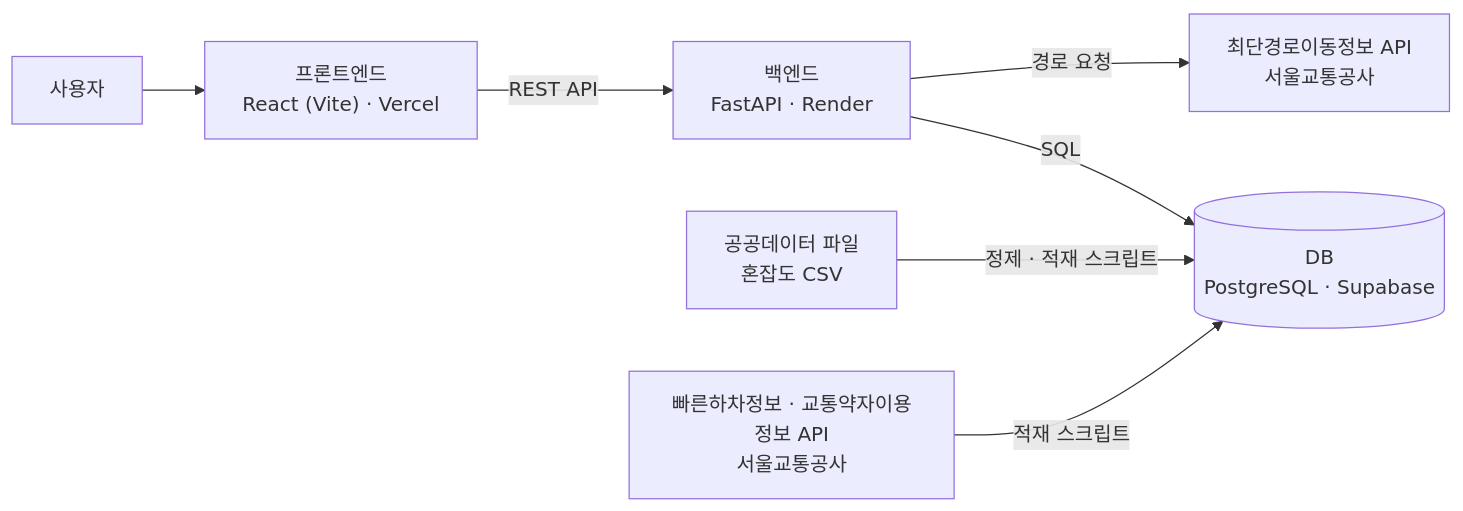
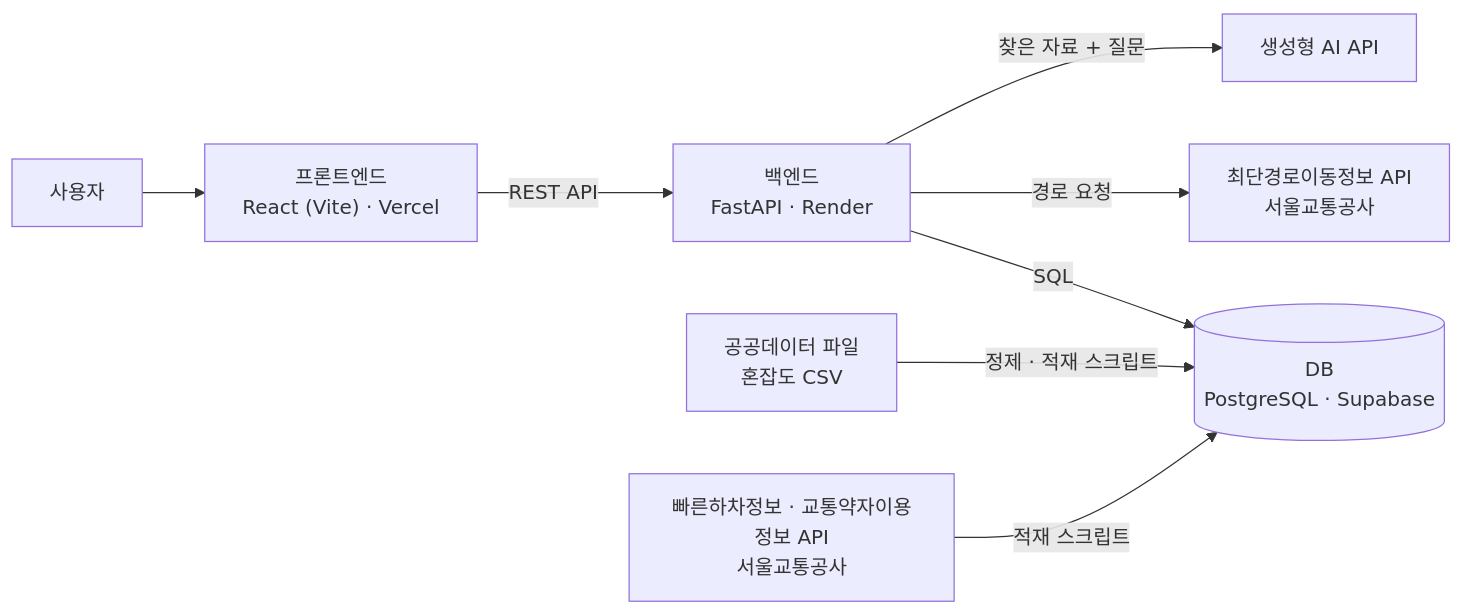
One commit to 365526/easy-nav changed the diagram in README.md. Above: the diagram before and after it, drawn with Mermaid. The commit also changed other lines of this file and 10 other files, not shown here.

````diff
--- a/README.md
+++ b/README.md
@@ -48,9 +47,10 @@
 ```mermaid
 flowchart LR
     U[사용자] --> F["프론트엔드<br/>React (Vite) · Vercel"]
     F -->|REST API| B["백엔드<br/>FastAPI · Render"]
     B -->|SQL| D[("DB<br/>PostgreSQL · Supabase")]
     B -->|경로 요청| R["최단경로이동정보 API<br/>서울교통공사"]
     P["공공데이터 파일<br/>혼잡도 CSV"] -->|정제 · 적재 스크립트| D
     G["빠른하차정보 · 교통약자이용정보 API<br/>서울교통공사"] -->|적재 스크립트| D
+    B -->|찾은 자료 + 질문| L["생성형 AI API"]
 ```
````
